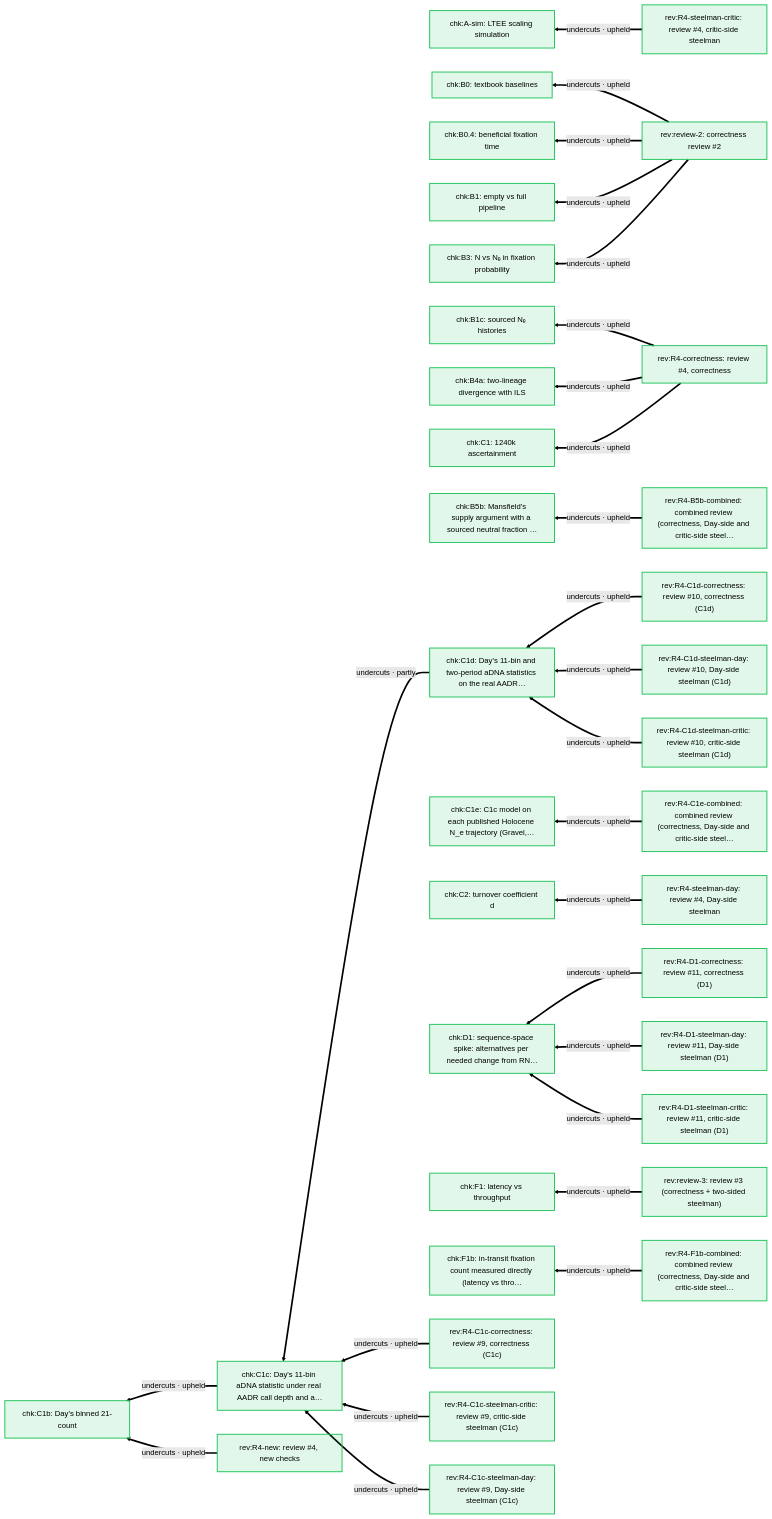
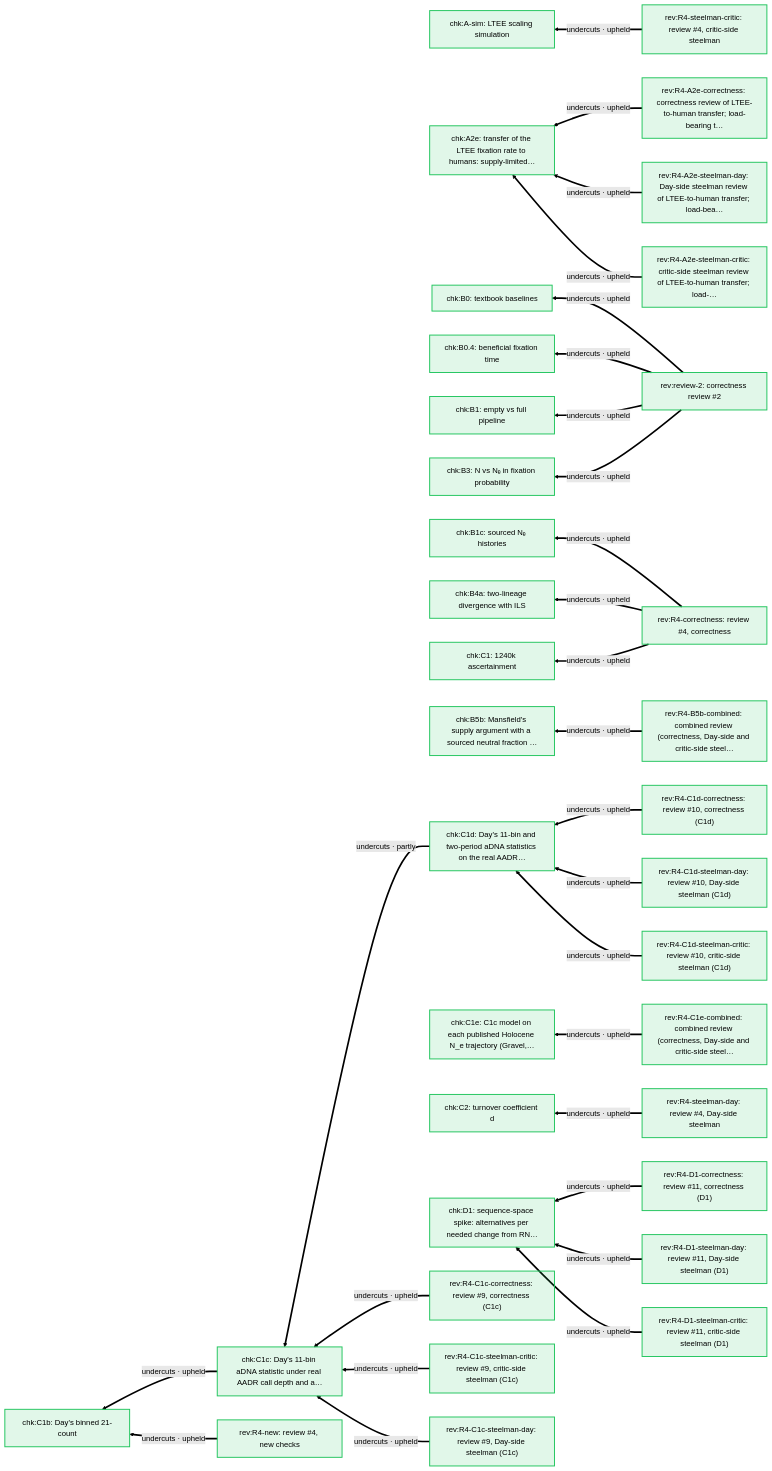
One commit to nickallevato/evo-sim changed diagram 17 of 19 in docs/arguments/defeaters.md. Above: the diagram before and after it, drawn with Mermaid (forest theme). The commit also changed other lines of this file and 20 other files, not shown here.

````diff
--- a/docs/arguments/defeaters.md
+++ b/docs/arguments/defeaters.md
@@ -846,68 +856,69 @@
 ```mermaid
 flowchart RL
   classDef day fill:#f59e0b22,stroke:#f59e0b,stroke-width:2px
   classDef ally fill:#d9770622,stroke:#d97706,stroke-width:2px
   classDef critic fill:#3b82f622,stroke:#3b82f6,stroke-width:2px
   classDef literature fill:#a3a3a322,stroke:#a3a3a3,stroke-width:2px
   classDef audit fill:#22c55e22,stroke:#22c55e,stroke-width:2px
   chk_A_sim["chk:A-sim: LTEE scaling simulation"]:::audit
+  chk_A2e["chk:A2e: transfer of the LTEE fixation rate to humans: supply-limited…"]:::audit
   chk_B0["chk:B0: textbook baselines"]:::audit
   chk_B0_4["chk:B0.4: beneficial fixation time"]:::audit
   chk_B1["chk:B1: empty vs full pipeline"]:::audit
   chk_B1c["chk:B1c: sourced Nₑ histories"]:::audit
   chk_B3["chk:B3: N vs Nₑ in fixation probability"]:::audit
   chk_B4a["chk:B4a: two-lineage divergence with ILS"]:::audit
   chk_B5b["chk:B5b: Mansfield's supply argument with a sourced neutral fraction …"]:::audit
   chk_C1["chk:C1: 1240k ascertainment"]:::audit
   chk_C1b["chk:C1b: Day's binned 21-count"]:::audit
   chk_C1c["chk:C1c: Day's 11-bin aDNA statistic under real AADR call depth and a…"]:::audit
   chk_C1d["chk:C1d: Day's 11-bin and two-period aDNA statistics on the real AADR…"]:::audit
   chk_C1e["chk:C1e: C1c model on each published Holocene N_e trajectory (Gravel,…"]:::audit
   chk_C2["chk:C2: turnover coefficient d"]:::audit
   chk_D1["chk:D1: sequence-space spike: alternatives per needed change from RN…"]:::audit
-  chk_F1["chk:F1: latency vs throughput"]:::audit
-  chk_F1b["chk:F1b: in-transit fixation count measured directly (latency vs thro…"]:::audit
+  rev_R4_A2e_correctness["rev:R4-A2e-correctness: correctness review of LTEE-to-human transfer; load-bearing t…"]:::audit
+  rev_R4_A2e_steelman_critic["rev:R4-A2e-steelman-critic: critic-side steelman review of LTEE-to-human transfer; load-…"]:::audit
+  rev_R4_A2e_steelman_day["rev:R4-A2e-steelman-day: Day-side steelman review of LTEE-to-human transfer; load-bea…"]:::audit
   rev_R4_B5b_combined["rev:R4-B5b-combined: combined review (correctness, Day-side and critic-side steel…"]:::audit
   rev_R4_C1c_correctness["rev:R4-C1c-correctness: review #9, correctness (C1c)"]:::audit
   rev_R4_C1c_steelman_critic["rev:R4-C1c-steelman-critic: review #9, critic-side steelman (C1c)"]:::audit
   rev_R4_C1c_steelman_day["rev:R4-C1c-steelman-day: review #9, Day-side steelman (C1c)"]:::audit
   rev_R4_C1d_correctness["rev:R4-C1d-correctness: review #10, correctness (C1d)"]:::audit
   rev_R4_C1d_steelman_critic["rev:R4-C1d-steelman-critic: review #10, critic-side steelman (C1d)"]:::audit
   rev_R4_C1d_steelman_day["rev:R4-C1d-steelman-day: review #10, Day-side steelman (C1d)"]:::audit
   rev_R4_C1e_combined["rev:R4-C1e-combined: combined review (correctness, Day-side and critic-side steel…"]:::audit
   rev_R4_D1_correctness["rev:R4-D1-correctness: review #11, correctness (D1)"]:::audit
   rev_R4_D1_steelman_critic["rev:R4-D1-steelman-critic: review #11, critic-side steelman (D1)"]:::audit
   rev_R4_D1_steelman_day["rev:R4-D1-steelman-day: review #11, Day-side steelman (D1)"]:::audit
-  rev_R4_F1b_combined["rev:R4-F1b-combined: combined review (correctness, Day-side and critic-side steel…"]:::audit
   rev_R4_correctness["rev:R4-correctness: review #4, correctness"]:::audit
   rev_R4_new["rev:R4-new: review #4, new checks"]:::audit
   rev_R4_steelman_critic["rev:R4-steelman-critic: review #4, critic-side steelman"]:::audit
   rev_R4_steelman_day["rev:R4-steelman-day: review #4, Day-side steelman"]:::audit
   rev_review_2["rev:review-2: correctness review #2"]:::audit
-  rev_review_3["rev:review-3: review #3 (correctness + two-sided steelman)"]:::audit
   rev_R4_steelman_critic ==>|"undercuts · upheld"| chk_A_sim
+  rev_R4_A2e_correctness ==>|"undercuts · upheld"| chk_A2e
+  rev_R4_A2e_steelman_day ==>|"undercuts · upheld"| chk_A2e
+  rev_R4_A2e_steelman_critic ==>|"undercuts · upheld"| chk_A2e
   rev_review_2 ==>|"undercuts · upheld"| chk_B0
   rev_review_2 ==>|"undercuts · upheld"| chk_B0_4
   rev_review_2 ==>|"undercuts · upheld"| chk_B1
   rev_R4_correctness ==>|"undercuts · upheld"| chk_B1c
   rev_review_2 ==>|"undercuts · upheld"| chk_B3
   rev_R4_correctness ==>|"undercuts · upheld"| chk_B4a
   rev_R4_B5b_combined ==>|"undercuts · upheld"| chk_B5b
   rev_R4_correctness ==>|"undercuts · upheld"| chk_C1
   rev_R4_new ==>|"undercuts · upheld"| chk_C1b
   chk_C1c ==>|"undercuts · upheld"| chk_C1b
   chk_C1d ==>|"undercuts · partly"| chk_C1c
   rev_R4_C1c_correctness ==>|"undercuts · upheld"| chk_C1c
   rev_R4_C1c_steelman_day ==>|"undercuts · upheld"| chk_C1c
   rev_R4_C1c_steelman_critic ==>|"undercuts · upheld"| chk_C1c
   rev_R4_C1d_correctness ==>|"undercuts · upheld"| chk_C1d
   rev_R4_C1d_steelman_day ==>|"undercuts · upheld"| chk_C1d
   rev_R4_C1d_steelman_critic ==>|"undercuts · upheld"| chk_C1d
   rev_R4_C1e_combined ==>|"undercuts · upheld"| chk_C1e
   rev_R4_steelman_day ==>|"undercuts · upheld"| chk_C2
   rev_R4_D1_correctness ==>|"undercuts · upheld"| chk_D1
   rev_R4_D1_steelman_day ==>|"undercuts · upheld"| chk_D1
   rev_R4_D1_steelman_critic ==>|"undercuts · upheld"| chk_D1
-  rev_review_3 ==>|"undercuts · upheld"| chk_F1
-  rev_R4_F1b_combined ==>|"undercuts · upheld"| chk_F1b
 ```
````
